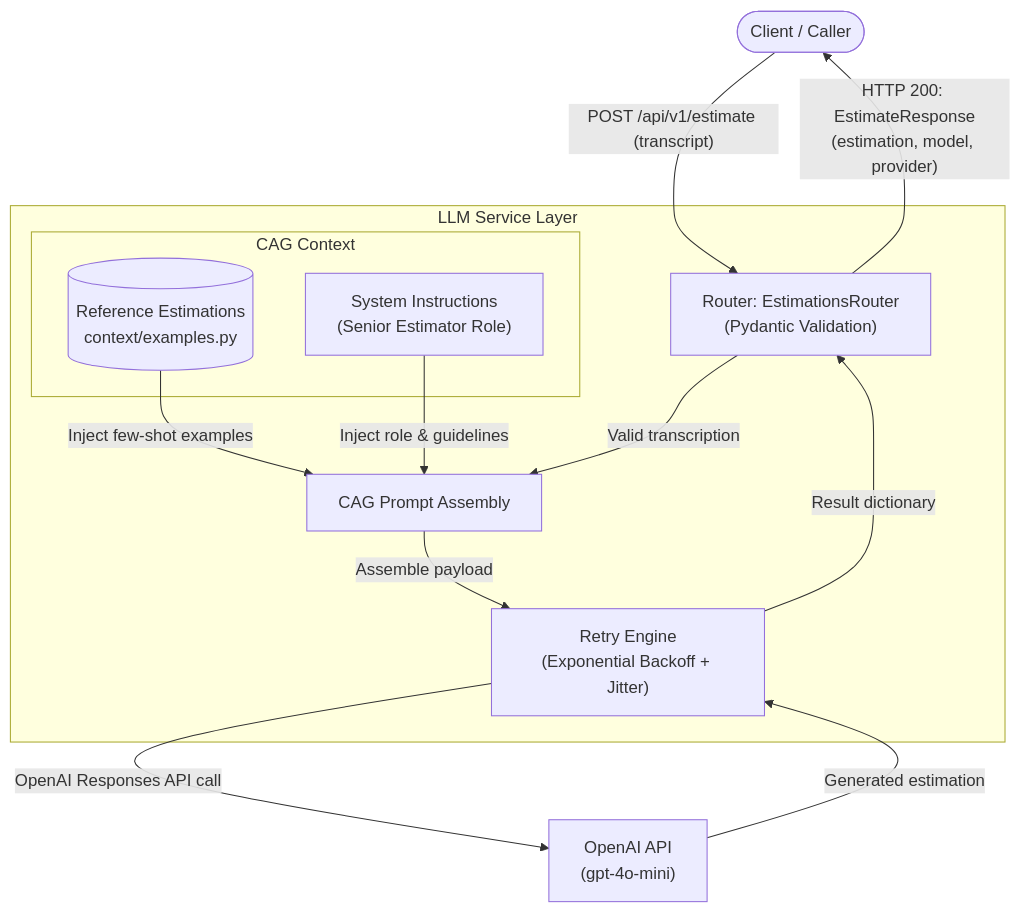
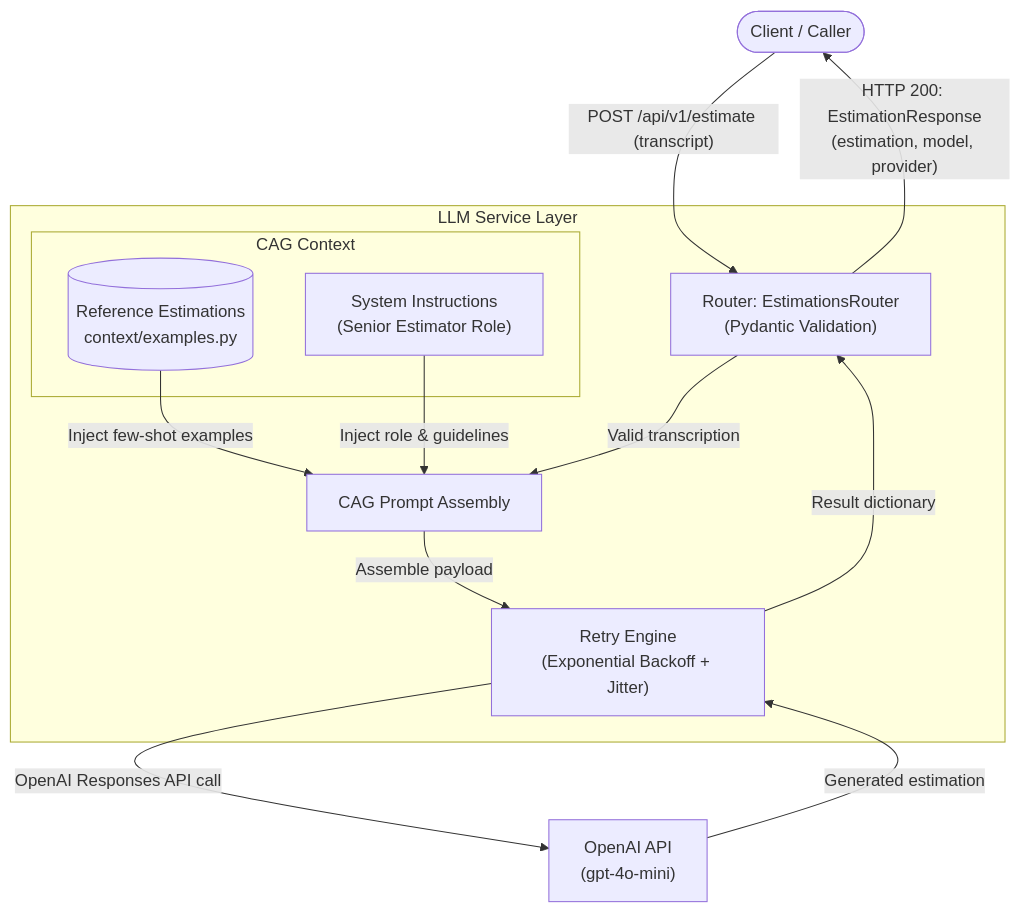
The diagram in README.md (NestorDR/aie-estimator), drawn with Mermaid before and after one commit. The commit also changed other lines of this file and 8 other files, not shown here.

Commit message:
Refactor configuration module to `settings`, update imports, and introduce dedicated models for estimation request/response schemas

````diff
--- a/README.md
+++ b/README.md
@@ -23,22 +23,22 @@
 ```mermaid
 flowchart TD
     Client(["Client / Caller"]) -->|"POST /api/v1/estimate (transcript)"| Router["Router: EstimationsRouter\n(Pydantic Validation)"]
 
     subgraph ServiceLayer ["LLM Service Layer"]
         Router -->|"Valid transcription"| PromptBuilder["CAG Prompt Assembly"]
 
         subgraph ContextStore ["CAG Context"]
             Examples[("Reference Estimations\ncontext/examples.py")]
             Role["System Instructions\n(Senior Estimator Role)"]
         end
 
         Examples -->|"Inject few-shot examples"| PromptBuilder
         Role -->|"Inject role & guidelines"| PromptBuilder
         PromptBuilder -->|"Assemble payload"| RetryEngine["Retry Engine\n(Exponential Backoff + Jitter)"]
     end
 
     RetryEngine -->|"OpenAI Responses API call"| Provider["OpenAI API\n(gpt-4o-mini)"]
     Provider -->|"Generated estimation"| RetryEngine
     RetryEngine -->|"Result dictionary"| Router
-    Router -->|"HTTP 200: EstimateResponse\n(estimation, model, provider)"| Client
+    Router -->|"HTTP 200: EstimationResponse\n(estimation, model, provider)"| Client
 ```
````
